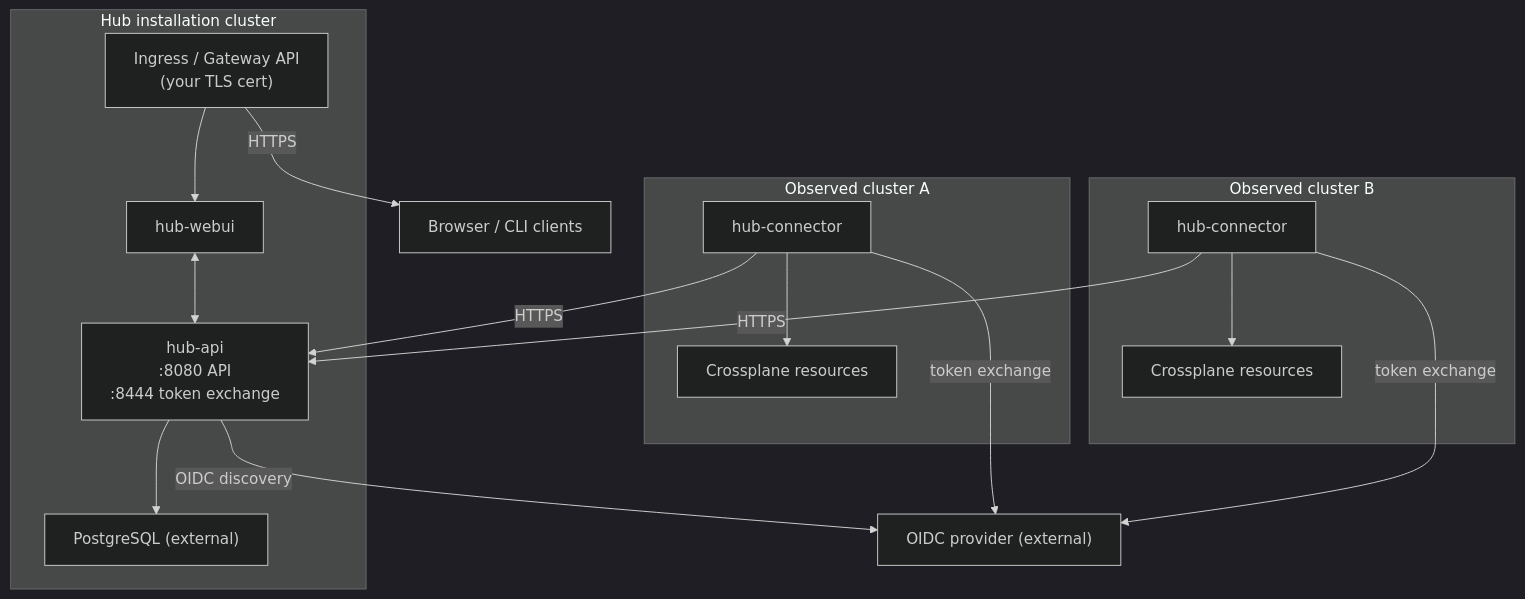
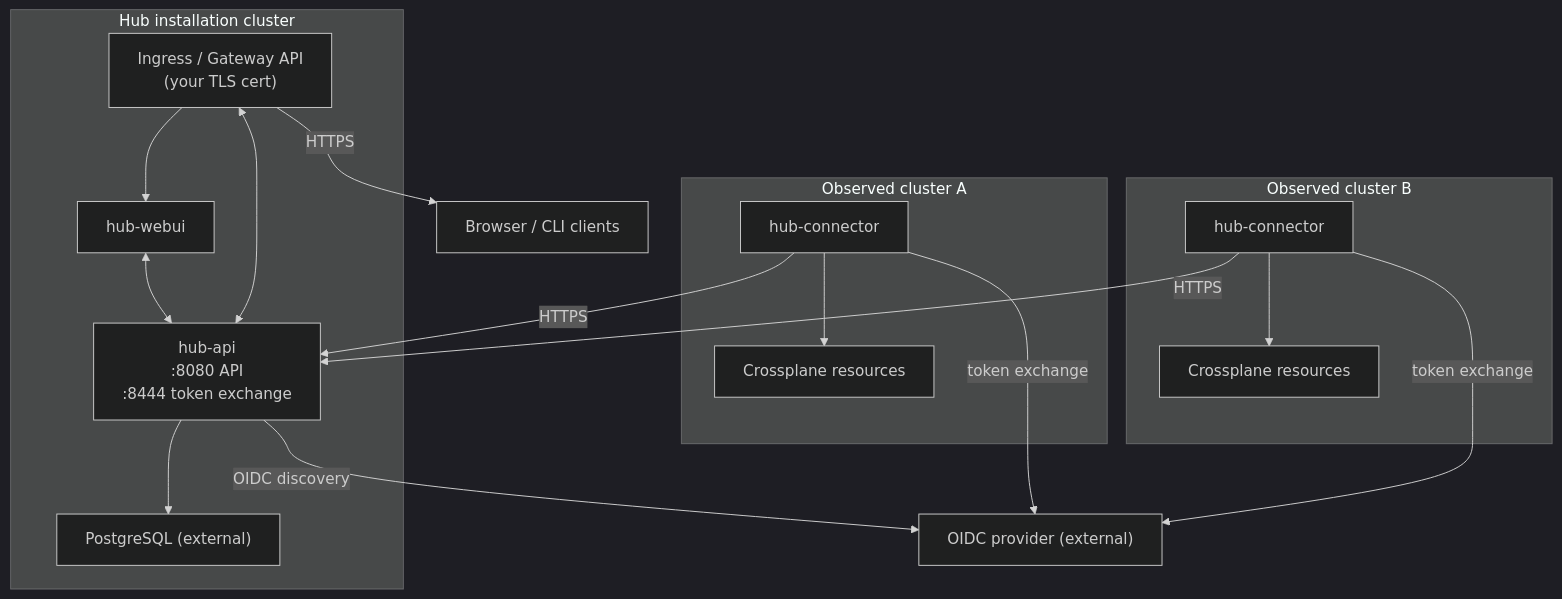
The diagram in hub-docs/concepts/architecture.md (tnthornton/up-docs), drawn with Mermaid (dark theme) before and after one commit.

````diff
--- a/hub-docs/concepts/architecture.md
+++ b/hub-docs/concepts/architecture.md
@@ -20,34 +20,35 @@
 ```mermaid
 flowchart TB
   subgraph hub["Hub installation cluster"]
     ing["Ingress / Gateway API<br/>(your TLS cert)"]
     webui["hub-webui"]
     api["hub-api<br/>:8080 API<br/>:8444 token exchange"]
     pg["PostgreSQL (external)"]
     ing --> webui
     webui <--> api
     api --> pg
+  ing <--> api
   end
 
   browser["Browser / CLI clients"]
   oidc["OIDC provider (external)"]
   ing -->|HTTPS| browser
   api -->|OIDC discovery| oidc
 
   subgraph obsA["Observed cluster A"]
     connA["hub-connector"]
     resA["Crossplane resources"]
     connA --> resA
   end
 
   subgraph obsB["Observed cluster B"]
     connB["hub-connector"]
     resB["Crossplane resources"]
     connB --> resB
   end
 
   connA -->|HTTPS| api
   connB -->|HTTPS| api
   connA -->|token exchange| oidc
   connB -->|token exchange| oidc
 ```
````
